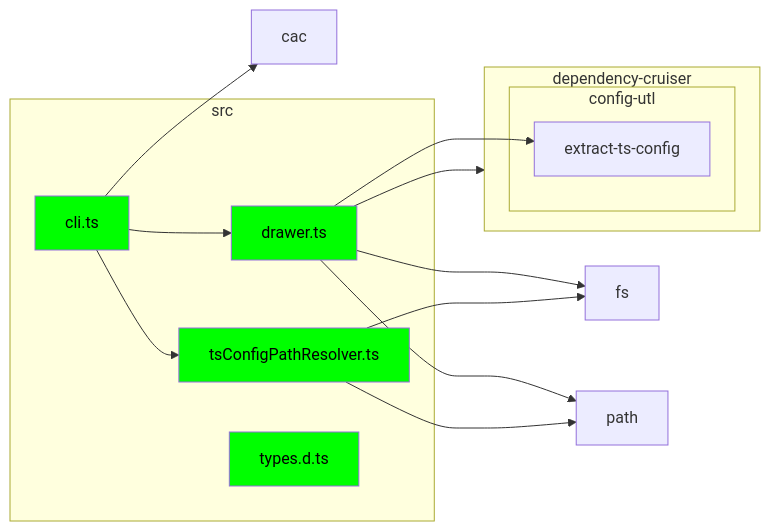
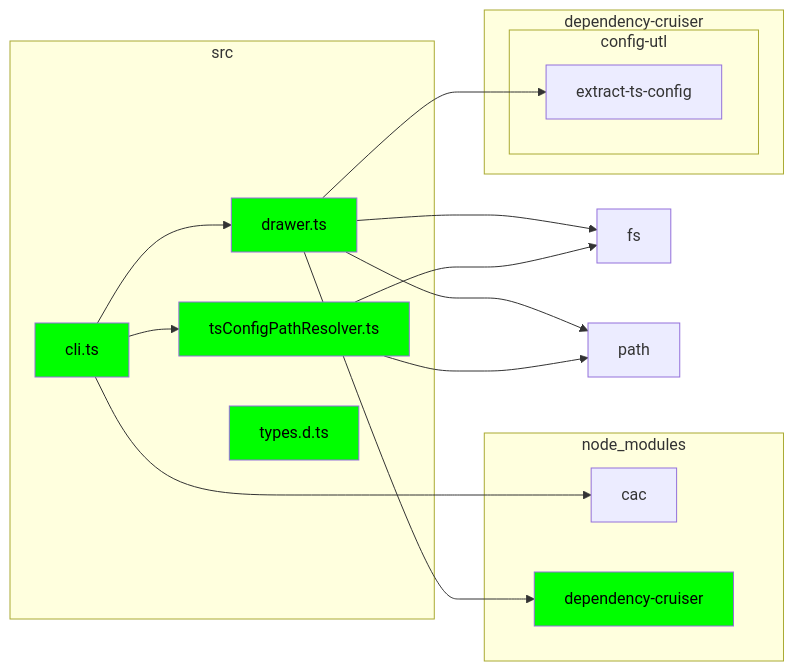
Before and after one commit to syakoo/dmdg: the diagram in src/README.md, drawn with Mermaid. The commit also changed 1 other file, not shown here.

Commit message:
✨ feat: set baseDir to current dir.

````diff
--- a/src/README.md
+++ b/src/README.md
@@ -5,32 +5,36 @@
 ```mermaid
 flowchart LR
 
-0["cac"]
-subgraph 1["dependency-cruiser"]
-subgraph 2["config-utl"]
-3["extract-ts-config"]
+subgraph 0["dependency-cruiser"]
+subgraph 1["config-utl"]
+2["extract-ts-config"]
 end
 end
-4["fs"]
-5["path"]
-subgraph 6["src"]
-7["cli.ts"]
-8["drawer.ts"]
-9["tsConfigPathResolver.ts"]
-a["types.d.ts"]
+3["fs"]
+subgraph 4["node_modules"]
+5["cac"]
+6["dependency-cruiser"]
 end
-7-->8
-7-->9
-7-->0
-8-->1
-8-->3
-8-->4
-8-->5
-9-->4
+7["path"]
+subgraph 8["src"]
+9["cli.ts"]
+a["drawer.ts"]
+b["tsConfigPathResolver.ts"]
+c["types.d.ts"]
+end
+9-->a
+9-->b
 9-->5
+a-->6
+a-->2
+a-->3
+a-->7
+b-->3
+b-->7
 
-style 7 fill:lime,color:black
-style 8 fill:lime,color:black
+style 6 fill:lime,color:black
 style 9 fill:lime,color:black
 style a fill:lime,color:black
+style b fill:lime,color:black
+style c fill:lime,color:black
 ```
````
